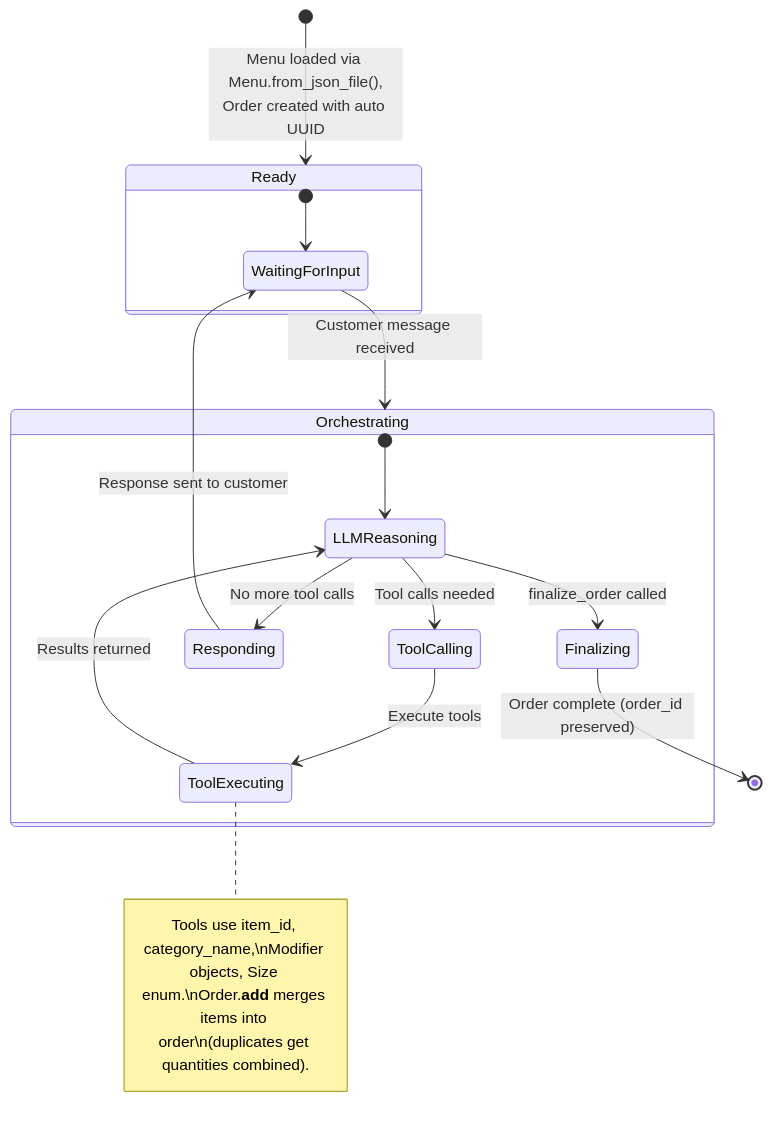
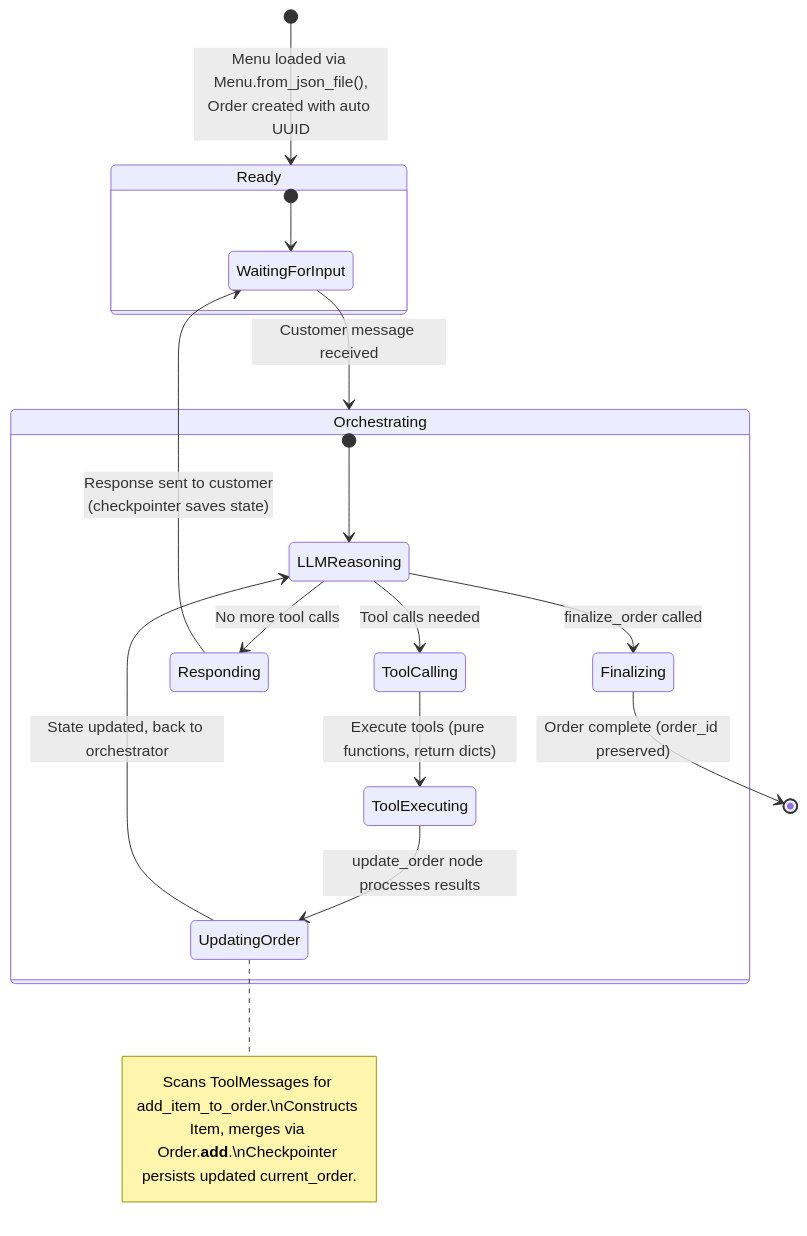
Before and after one commit to seanreed1111/mcdonalds-drive-thru-bot: diagram 12 of 12 in docs/thoughts/target-implementation/v1/langgraph-state-diagrams-v1.md, drawn with Mermaid. The commit also changed other lines of this file and 16 other files, not shown here.

````diff
--- a/docs/thoughts/target-implementation/v1/langgraph-state-diagrams-v1.md
+++ b/docs/thoughts/target-implementation/v1/langgraph-state-diagrams-v1.md
@@ -542,23 +569,24 @@
 ```mermaid
 stateDiagram-v2
     [*] --> Ready: Menu loaded via Menu.from_json_file(),<br/>Order created with auto UUID
 
     state Ready {
         [*] --> WaitingForInput
     }
 
     WaitingForInput --> Orchestrating: Customer message received
 
     state Orchestrating {
         [*] --> LLMReasoning
         LLMReasoning --> ToolCalling: Tool calls needed
-        ToolCalling --> ToolExecuting: Execute tools
-        note right of ToolExecuting: Tools use item_id, category_name,\nModifier objects, Size enum.\nOrder.__add__ merges items into order\n(duplicates get quantities combined).
-        ToolExecuting --> LLMReasoning: Results returned
+        ToolCalling --> ToolExecuting: Execute tools (pure functions, return dicts)
+        ToolExecuting --> UpdatingOrder: update_order node processes results
+        note right of UpdatingOrder: Scans ToolMessages for add_item_to_order.\nConstructs Item, merges via Order.__add__.\nCheckpointer persists updated current_order.
+        UpdatingOrder --> LLMReasoning: State updated, back to orchestrator
         LLMReasoning --> Responding: No more tool calls
         LLMReasoning --> Finalizing: finalize_order called
     }
 
-    Responding --> WaitingForInput: Response sent to customer
+    Responding --> WaitingForInput: Response sent to customer<br/>(checkpointer saves state)
     Finalizing --> [*]: Order complete (order_id preserved)
 ```
````
